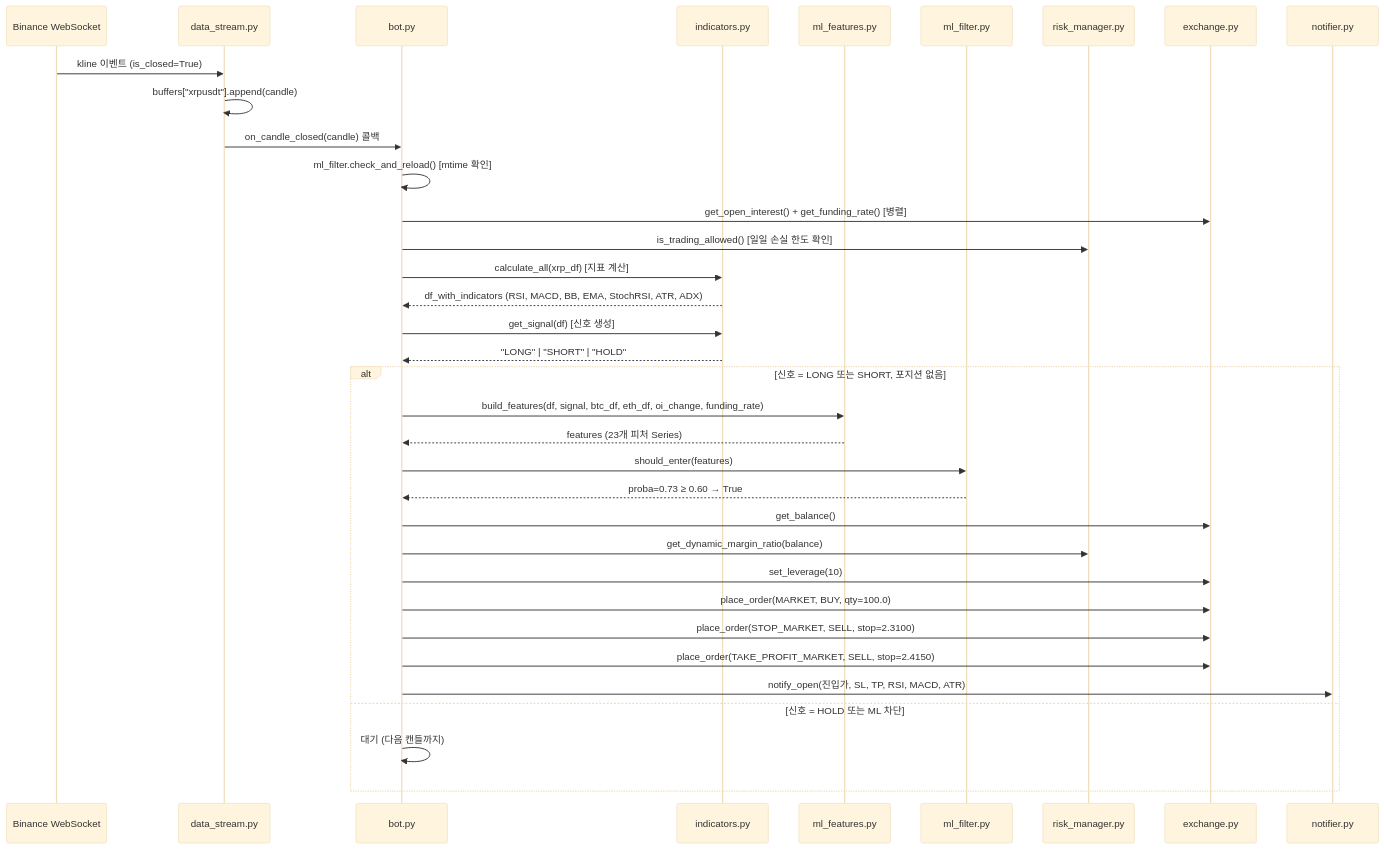
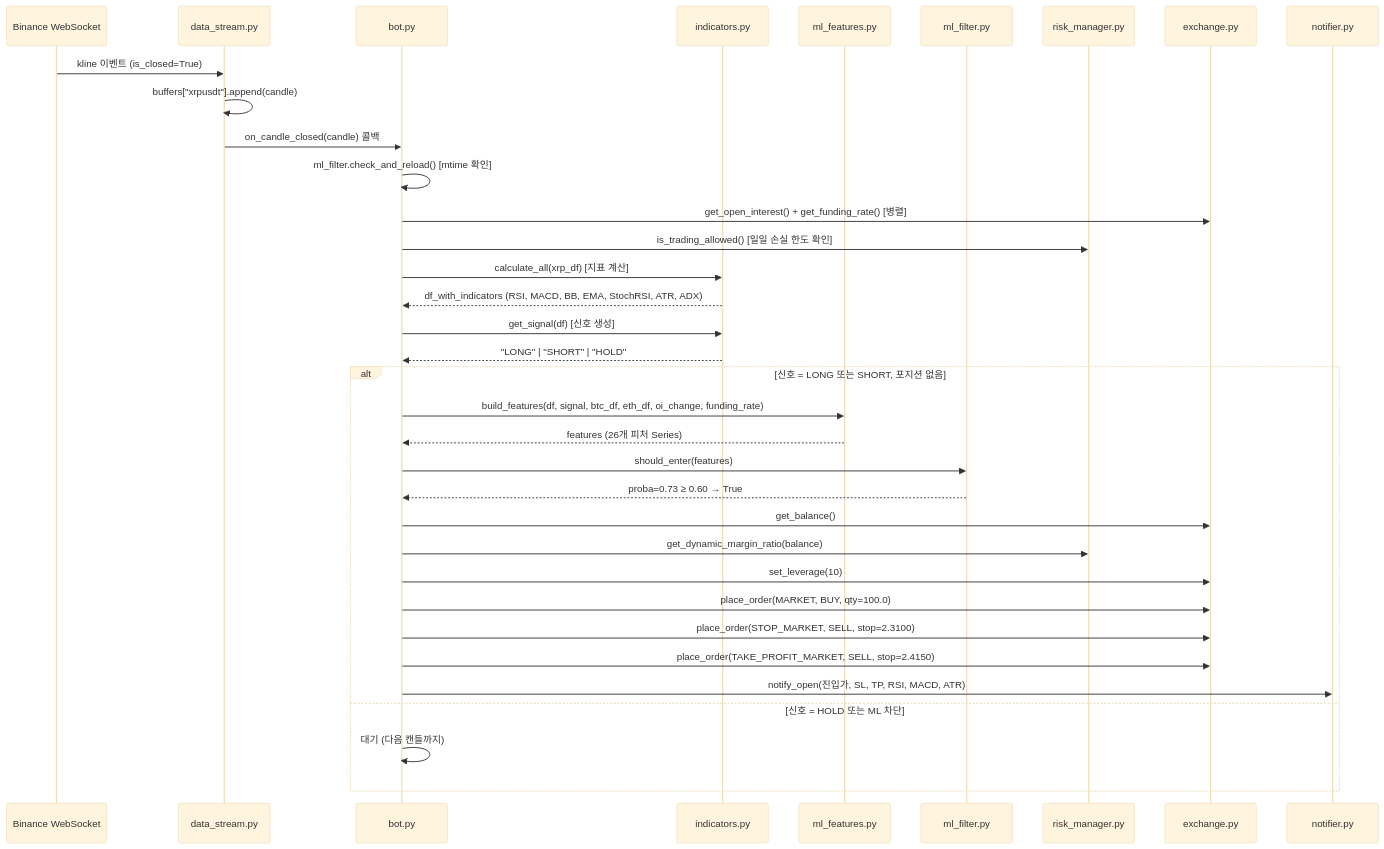
One commit to 21in7/cointrader changed the third of 4 diagrams in ARCHITECTURE.md. Above: the diagram before and after it, drawn with Mermaid (base theme). The commit also changed other lines of this file and 10 other files, not shown here.

````diff
--- a/ARCHITECTURE.md
+++ b/ARCHITECTURE.md
@@ -472,43 +503,43 @@
 ```mermaid
 sequenceDiagram
     participant WS as Binance WebSocket
     participant DS as data_stream.py
     participant BOT as bot.py
     participant IND as indicators.py
     participant MF as ml_features.py
     participant ML as ml_filter.py
     participant RM as risk_manager.py
     participant EX as exchange.py
     participant NT as notifier.py
 
     WS->>DS: kline 이벤트 (is_closed=True)
     DS->>DS: buffers["xrpusdt"].append(candle)
     DS->>BOT: on_candle_closed(candle) 콜백
 
     BOT->>BOT: ml_filter.check_and_reload() [mtime 확인]
     BOT->>EX: get_open_interest() + get_funding_rate() [병렬]
     BOT->>RM: is_trading_allowed() [일일 손실 한도 확인]
 
     BOT->>IND: calculate_all(xrp_df) [지표 계산]
     IND-->>BOT: df_with_indicators (RSI, MACD, BB, EMA, StochRSI, ATR, ADX)
     BOT->>IND: get_signal(df) [신호 생성]
     IND-->>BOT: "LONG" | "SHORT" | "HOLD"
 
     alt 신호 = LONG 또는 SHORT, 포지션 없음
         BOT->>MF: build_features(df, signal, btc_df, eth_df, oi_change, funding_rate)
-        MF-->>BOT: features (23개 피처 Series)
+        MF-->>BOT: features (26개 피처 Series)
         BOT->>ML: should_enter(features)
         ML-->>BOT: proba=0.73 ≥ 0.60 → True
 
         BOT->>EX: get_balance()
         BOT->>RM: get_dynamic_margin_ratio(balance)
         BOT->>EX: set_leverage(10)
         BOT->>EX: place_order(MARKET, BUY, qty=100.0)
         BOT->>EX: place_order(STOP_MARKET, SELL, stop=2.3100)
         BOT->>EX: place_order(TAKE_PROFIT_MARKET, SELL, stop=2.4150)
         BOT->>NT: notify_open(진입가, SL, TP, RSI, MACD, ATR)
 
     else 신호 = HOLD 또는 ML 차단
         BOT->>BOT: 대기 (다음 캔들까지)
     end
 ```
````
